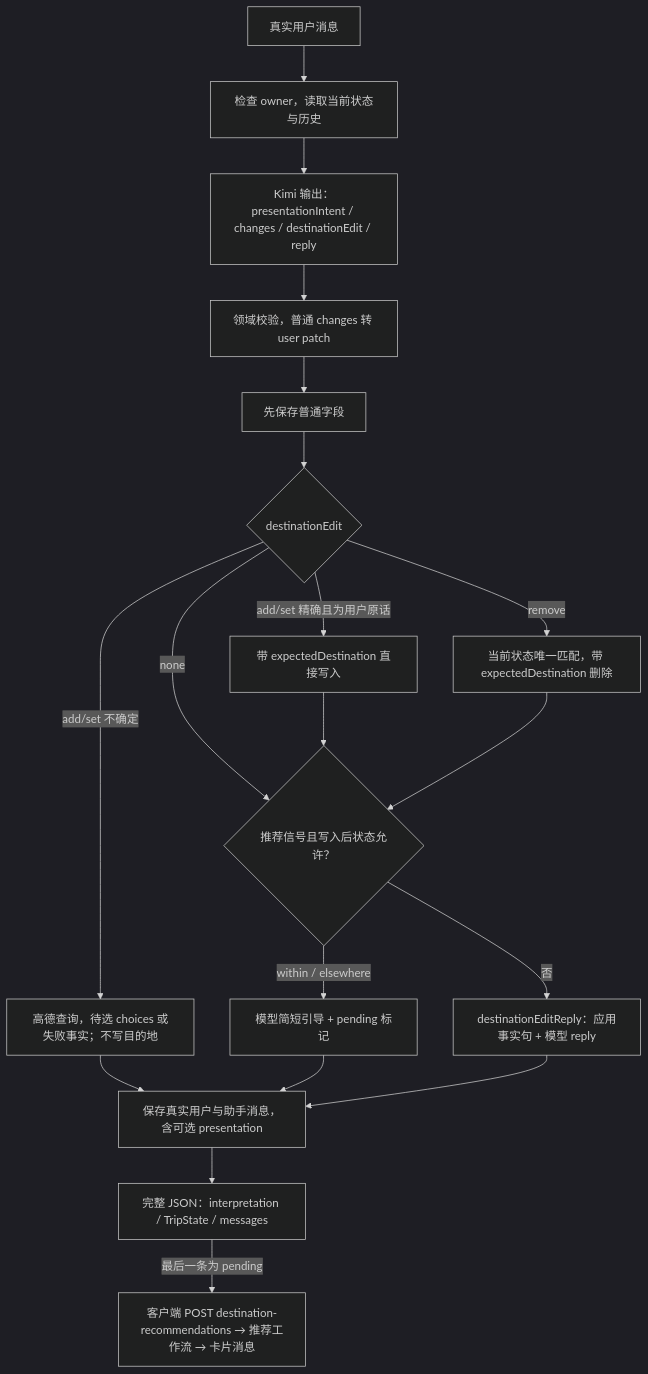
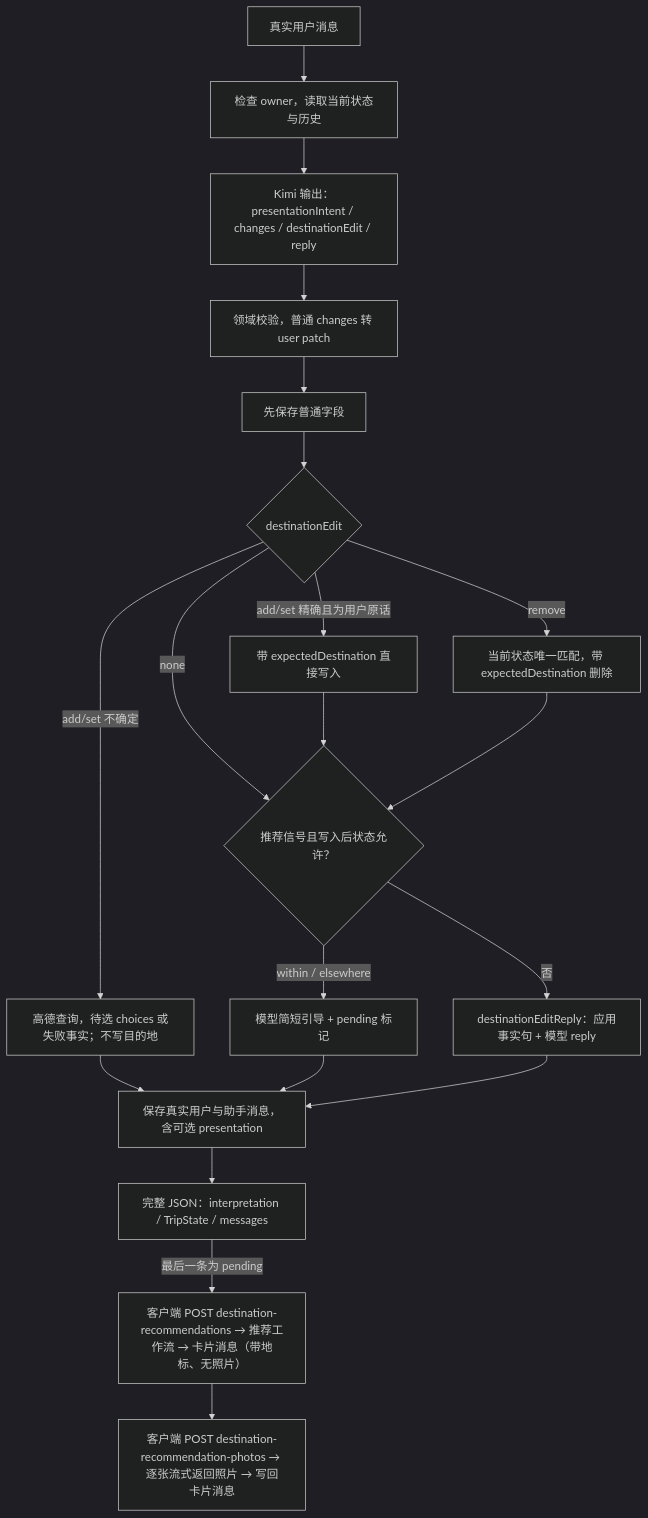
Before and after one commit to meiyulin22/Meri-Road-Trip: the fourth of 6 diagrams in docs/ARCHITECTURE.md, drawn with Mermaid (dark theme). The commit also changed other lines of this file and 30 other files, not shown here.

Commit message:
feat(destination): show recommendation cards first and stream their photos in with a skeleton 1.0028

````diff
--- a/docs/ARCHITECTURE.md
+++ b/docs/ARCHITECTURE.md
@@ -172,21 +172,22 @@
 ```mermaid
 flowchart TD
   input[真实用户消息] --> load[检查 owner，读取当前状态与历史]
   load --> llm[Kimi 输出：presentationIntent / changes / destinationEdit / reply]
   llm --> validate[领域校验，普通 changes 转 user patch]
   validate --> save[先保存普通字段]
   save --> edit{destinationEdit}
   edit -->|add/set 精确且为用户原话| direct[带 expectedDestination 直接写入]
   edit -->|add/set 不确定| offer[高德查询，待选 choices 或失败事实；不写目的地]
   edit -->|remove| remove[当前状态唯一匹配，带 expectedDestination 删除]
   edit -->|none| eligible{推荐信号且写入后状态允许？}
   direct --> eligible
   remove --> eligible
   eligible -->|within / elsewhere| pending[模型简短引导 + pending 标记]
   eligible -->|否| reply[destinationEditReply：应用事实句 + 模型 reply]
   offer --> messages[保存真实用户与助手消息，含可选 presentation]
   pending --> messages
   reply --> messages
   messages --> response[完整 JSON：interpretation / TripState / messages]
-  response -->|最后一条为 pending| cards[客户端 POST destination-recommendations → 推荐工作流 → 卡片消息]
+  response -->|最后一条为 pending| cards[客户端 POST destination-recommendations → 推荐工作流 → 卡片消息（带地标、无照片）]
+  cards --> photos[客户端 POST destination-recommendation-photos → 逐张流式返回照片 → 写回卡片消息]
 ```
````
